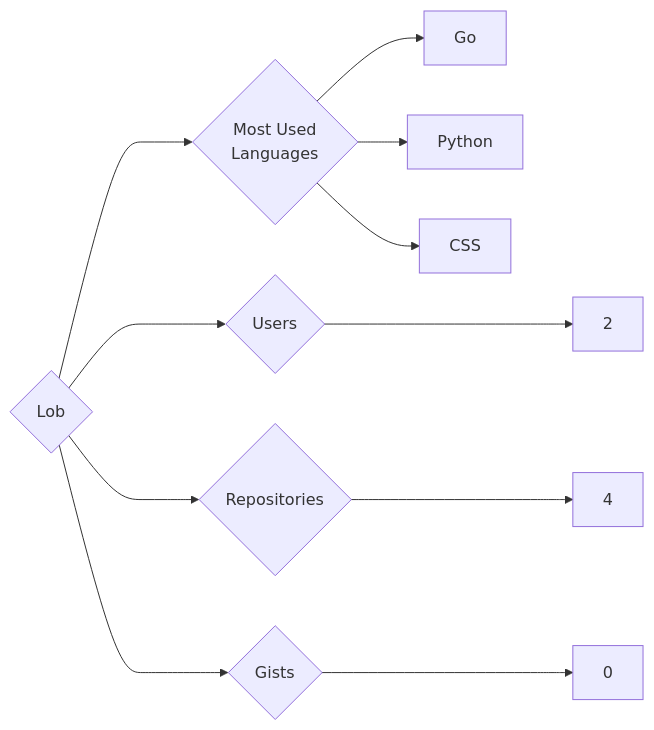
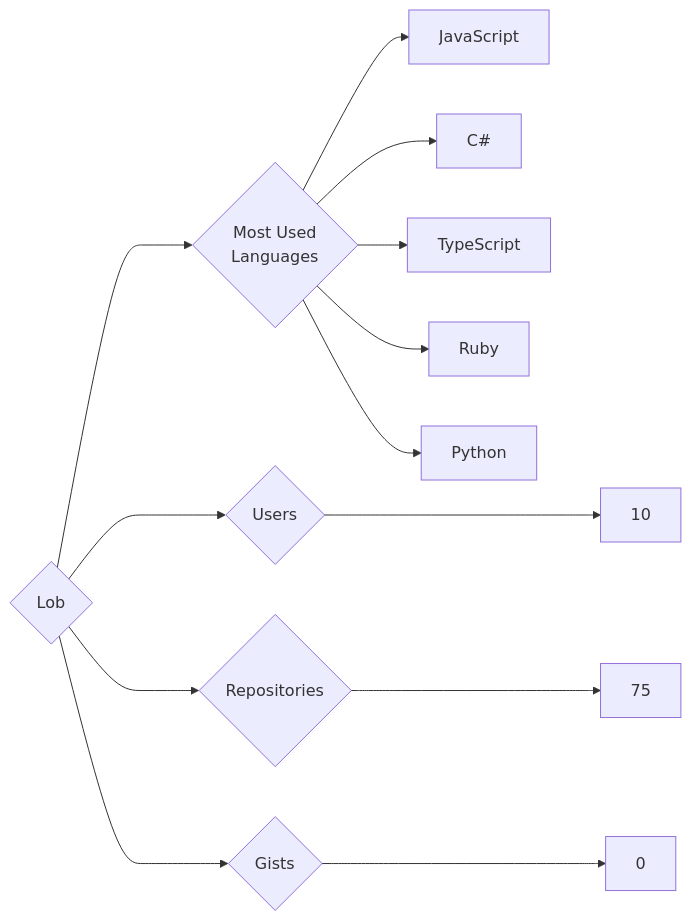
Before and after one commit to trickest/insiders: the diagram in targets/Lob/README.md, drawn with Mermaid. The commit also changed 951 other files, not shown here.

````diff
--- a/targets/Lob/README.md
+++ b/targets/Lob/README.md
@@ -3,11 +3,13 @@
 ```mermaid
 graph LR
 COMPANY_NAME{Lob}
-COMPANY_NAME ---> U{Users} ---> UN[2]
-COMPANY_NAME ---> R{Repositories} ---> RN[4]
+COMPANY_NAME ---> U{Users} ---> UN[10]
+COMPANY_NAME ---> R{Repositories} ---> RN[75]
 COMPANY_NAME ---> G{Gists} ---> GN[0]
 COMPANY_NAME ---> ML{Most Used<br>Languages}
-ML --> Go
-ML --> Python
-ML --> CSS
+ML --> JavaScript[JavaScript]
+ML --> C#[C#]
+ML --> TypeScript[TypeScript]
+ML --> Ruby[Ruby]
+ML --> Python[Python]
 ```
````
